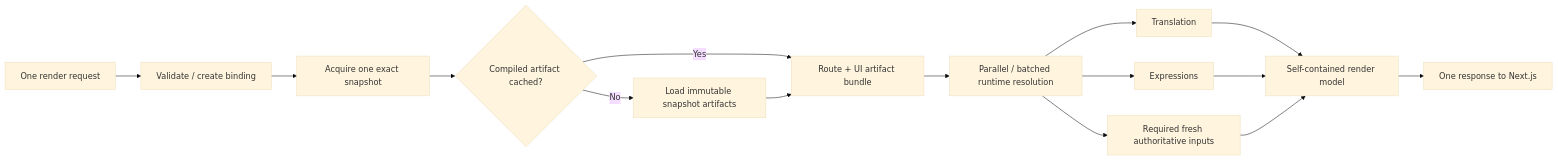
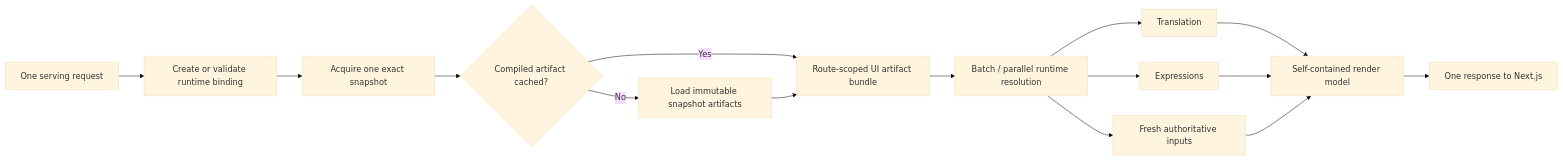
Before and after one commit to taskmigo/docs: the fifth of 6 diagrams in content/versions/v0/manuals/runtime.mdx, drawn with Mermaid (base theme). The commit also changed other lines of this file, not shown here.

Commit message:
docs: show concrete API calls in runtime render flow (#32)

````diff
--- a/content/versions/v0/manuals/runtime.mdx
+++ b/content/versions/v0/manuals/runtime.mdx
@@ -155,17 +195,17 @@
 ```mermaid
 flowchart LR
-  request["One render request"] --> binding["Validate / create binding"]
+  request["One serving request"] --> binding["Create or validate runtime binding"]
   binding --> snapshot["Acquire one exact snapshot"]
   snapshot --> cache{"Compiled artifact cached?"}
-  cache -->|"Yes"| artifacts["Route + UI artifact bundle"]
+  cache -->|"Yes"| artifacts["Route-scoped UI artifact bundle"]
   cache -->|"No"| store["Load immutable snapshot artifacts"]
   store --> artifacts
-  artifacts --> parallel["Parallel / batched runtime resolution"]
+  artifacts --> parallel["Batch / parallel runtime resolution"]
   parallel --> translation["Translation"]
   parallel --> expressions["Expressions"]
-  parallel --> authority["Required fresh authoritative inputs"]
+  parallel --> authority["Fresh authoritative inputs"]
   translation --> model["Self-contained render model"]
   expressions --> model
   authority --> model
   model --> response["One response to Next.js"]
 ```
````
